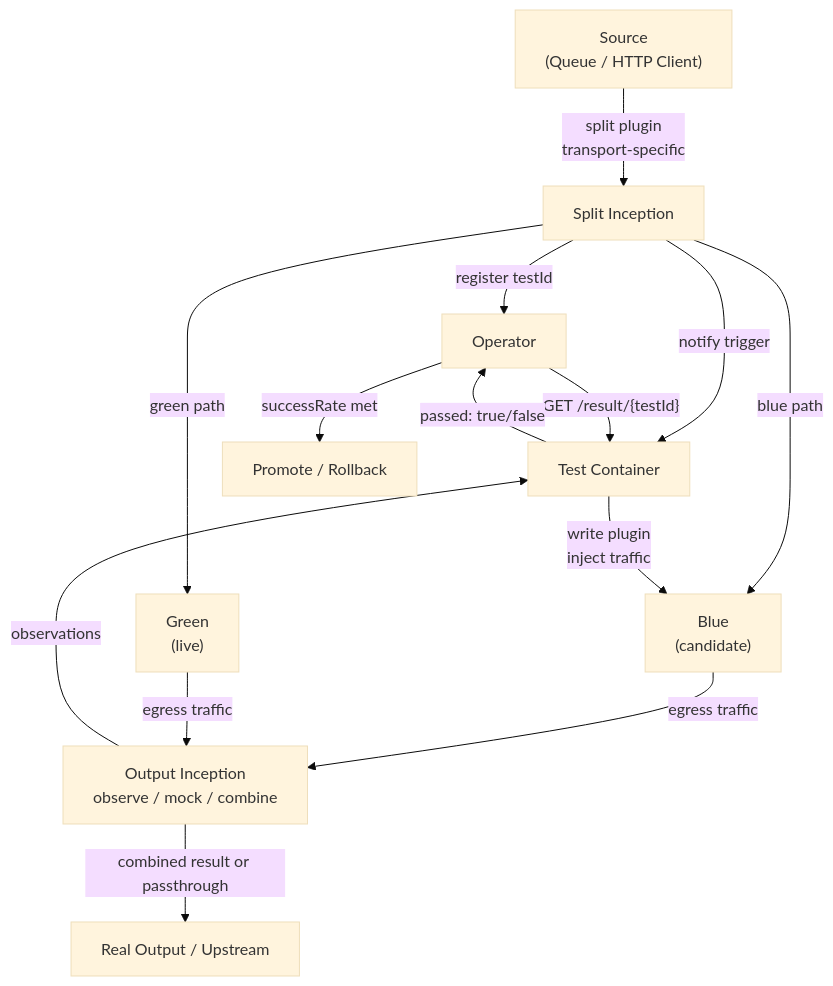
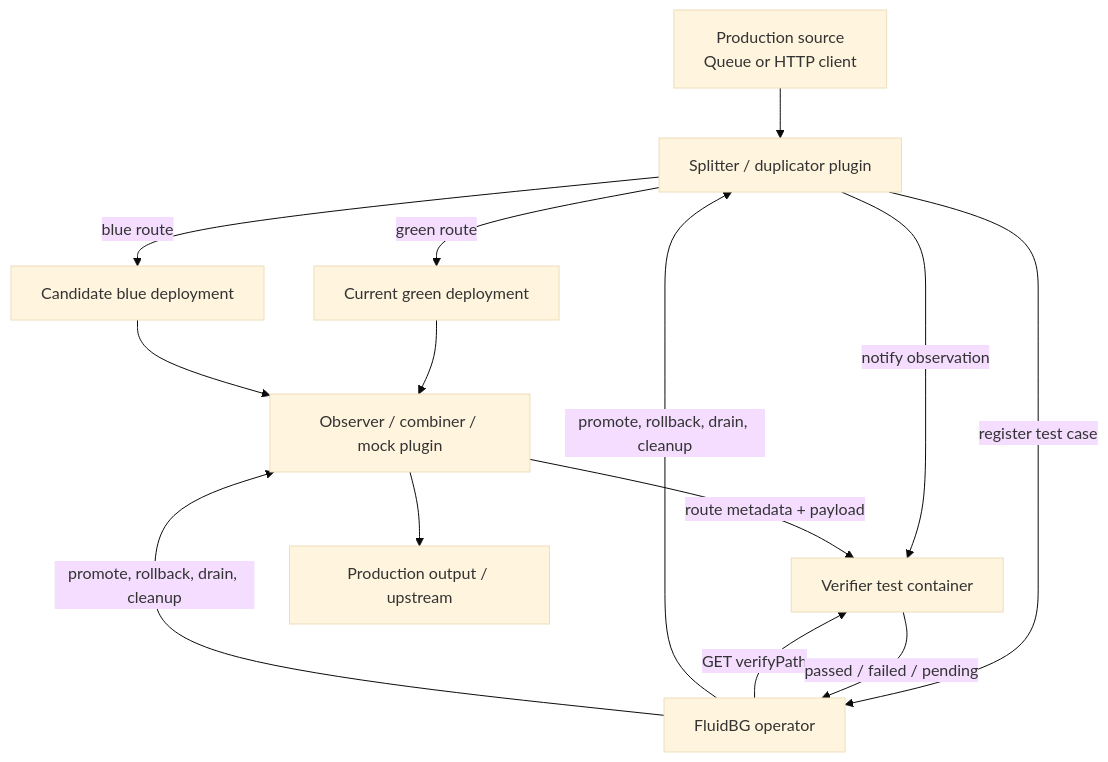
One commit to dlahmad/fluidbgoperator changed the first of 2 diagrams in ARCHITECTURE.md. Above: the diagram before and after it, drawn with Mermaid (base theme). The commit also changed other lines of this file and 26 other files, not shown here.

Commit message:
Align docs and image names with current architecture

````diff
--- a/ARCHITECTURE.md
+++ b/ARCHITECTURE.md
@@ -42,21 +17,25 @@
 ```mermaid
 flowchart TD
-    SRC["Source<br/>(Queue / HTTP Client)"]
-    SRC -->|"split plugin<br/>transport-specific"| SPLIT["Split Inception"]
-    SPLIT -->|"register testId"| OP["Operator"]
-    SPLIT -->|"notify trigger"| TC["Test Container"]
-    SPLIT -->|"green path"| GREEN["Green<br/>(live)"]
-    SPLIT -->|"blue path"| BLUE["Blue<br/>(candidate)"]
+    SRC["Production source<br/>Queue or HTTP client"]
+    SPLIT["Splitter / duplicator plugin"]
+    GREEN["Current green deployment"]
+    BLUE["Candidate blue deployment"]
+    OBS["Observer / combiner / mock plugin"]
+    TEST["Verifier test container"]
+    OP["FluidBG operator"]
+    OUT["Production output / upstream"]
 
-    BLUE -->|"egress traffic"| OUT["Output Inception<br/>observe / mock / combine"]
-    GREEN -->|"egress traffic"| OUT
-    OUT -->|"observations"| TC
-    OUT -->|"combined result or passthrough"| REAL["Real Output / Upstream"]
-
-    TC -->|"write plugin<br/>inject traffic"| BLUE
-
-    OP -->|"GET /result/{testId}"| TC
-    TC -->|"passed: true/false"| OP
-
-    OP -->|"successRate met"| PROM["Promote / Rollback"]
+    SRC --> SPLIT
+    SPLIT -->|"green route"| GREEN
+    SPLIT -->|"blue route"| BLUE
+    SPLIT -->|"register test case"| OP
+    SPLIT -->|"notify observation"| TEST
+    GREEN --> OBS
+    BLUE --> OBS
+    OBS -->|"route metadata + payload"| TEST
+    OBS --> OUT
+    OP -->|"GET verifyPath"| TEST
+    TEST -->|"passed / failed / pending"| OP
+    OP -->|"promote, rollback, drain, cleanup"| SPLIT
+    OP -->|"promote, rollback, drain, cleanup"| OBS
 ```
````
